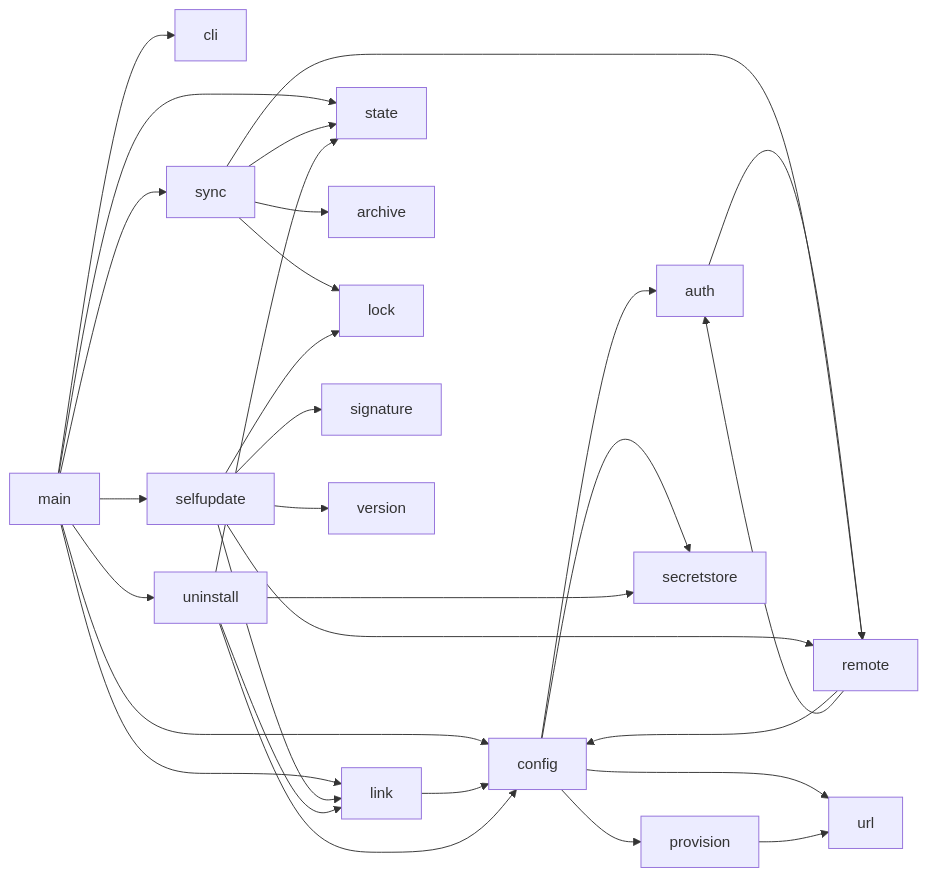
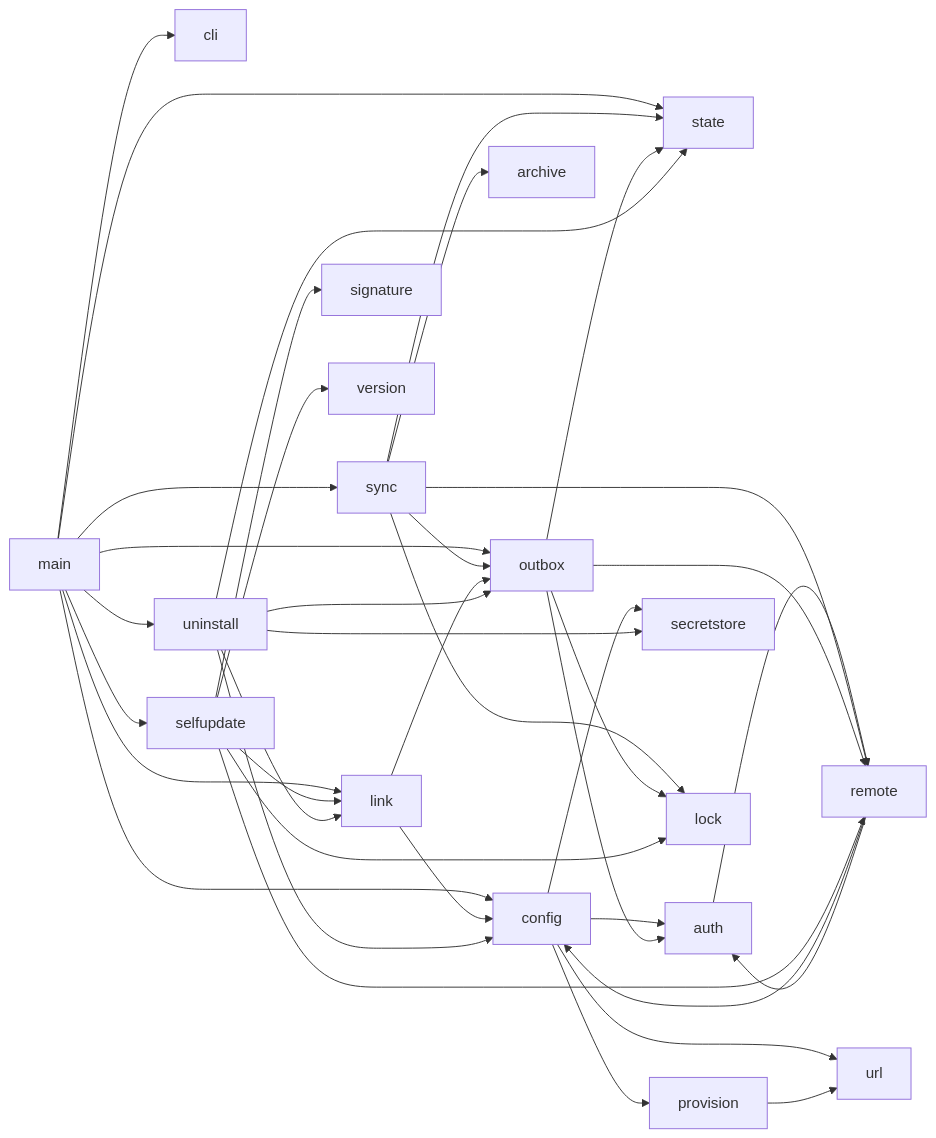
The diagram in docs/ARCHITECTURE.md (damac-italia/brainmaker), drawn with Mermaid before and after one commit. The commit also changed other lines of this file and 16 other files, not shown here.

````diff
--- a/docs/ARCHITECTURE.md
+++ b/docs/ARCHITECTURE.md
@@ -40,32 +45,40 @@
 ```mermaid
 graph LR
     main --> cli
     main --> config
     main --> sync
     main --> selfupdate
     main --> link
     main --> state
     main --> uninstall
+    main --> outbox
     config --> auth
     config --> provision
     config --> secretstore
     config --> url
     provision --> url
     auth --> remote
     sync --> archive
     sync --> lock
     sync --> remote
     sync --> state
+    sync --> outbox
+    outbox --> auth
+    outbox --> lock
+    outbox --> remote
+    outbox --> state
     selfupdate --> remote
     selfupdate --> signature
     selfupdate --> version
     selfupdate --> link
     selfupdate --> lock
     remote --> config
     remote --> auth
     link --> config
+    link --> outbox
     uninstall --> config
     uninstall --> link
+    uninstall --> outbox
     uninstall --> secretstore
     uninstall --> state
 ```
````
